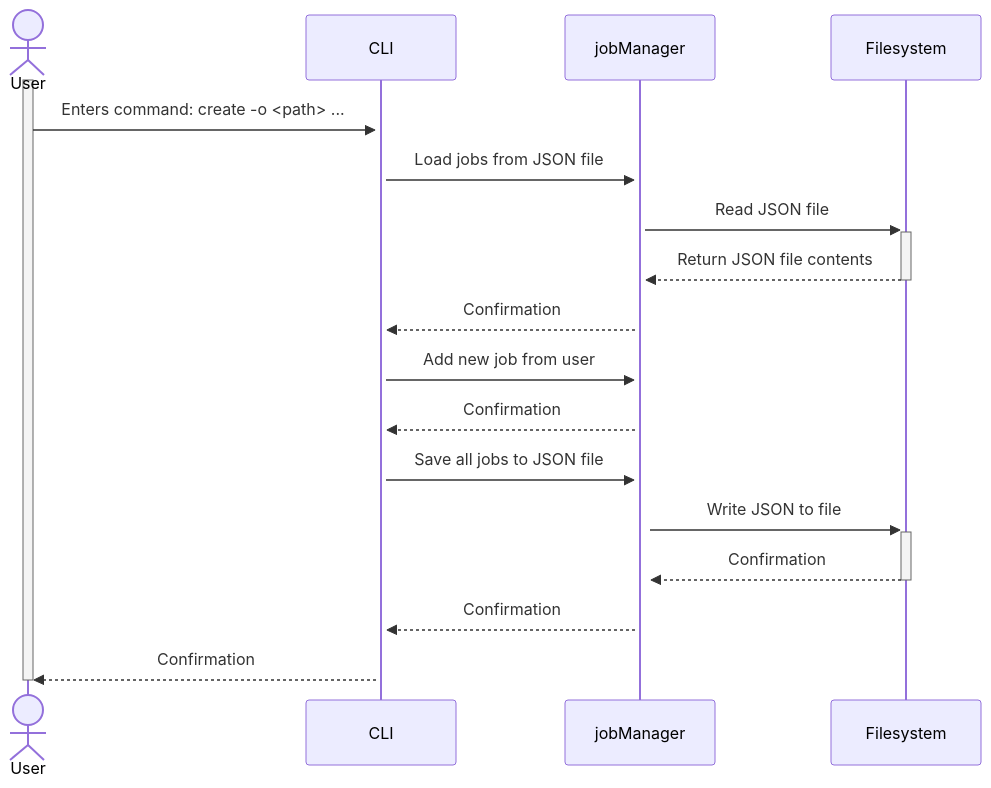
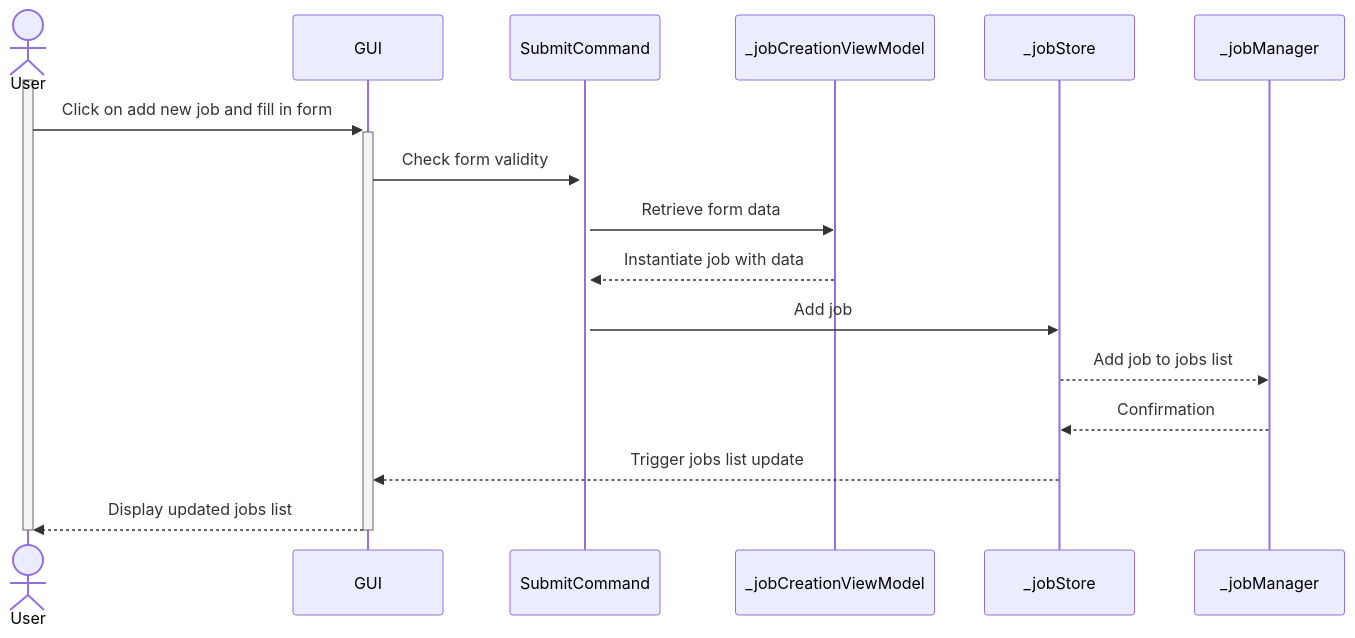
Before and after one commit to kellianb/FISE_A3_SE_BECHTEL: the second of 4 diagrams in README.md, drawn with Mermaid. The commit also changed other lines of this file, not shown here.

Commit message:
updated sequence diagrams

````diff
--- a/README.md
+++ b/README.md
@@ -138,24 +91,21 @@
 ```mermaid
 sequenceDiagram
     actor User
-    participant CLI
-    participant jobManager
-    participant Filesystem
+    participant GUI
+    participant SubmitCommand
+    participant _jobCreationViewModel
+    participant _jobStore
+    participant _jobManager
 
     activate User
-    User->>+CLI: Enters command: create -o <path> ...
-        CLI->>+jobManager: Load jobs from JSON file
-        jobManager->>+ Filesystem: Read JSON file
-        Filesystem-->>-jobManager: Return JSON file contents
-        jobManager-->>CLI: Confirmation
-        CLI->>jobManager: Add new job from user
-        jobManager-->>CLI: Confirmation
-        CLI->>+jobManager: Save all jobs to JSON file
-        jobManager->>+ Filesystem: Write JSON to file
-        Filesystem-->>-jobManager: Confirmation
-        jobManager-->>CLI: Confirmation
-        CLI-->>User: Confirmation
-
-
+    User->>+GUI: Click on add new job and fill in form
+        GUI->>+SubmitCommand: Check form validity
+        SubmitCommand->>_jobCreationViewModel: Retrieve form data
+        _jobCreationViewModel-->>SubmitCommand: Instantiate job with data
+        SubmitCommand->>_jobStore: Add job
+        _jobStore-->>_jobManager: Add job to jobs list
+        _jobManager-->>_jobStore: Confirmation
+        _jobStore-->>GUI: Trigger jobs list update
+        GUI-->>-User: Display updated jobs list
     deactivate User
 ```
````
